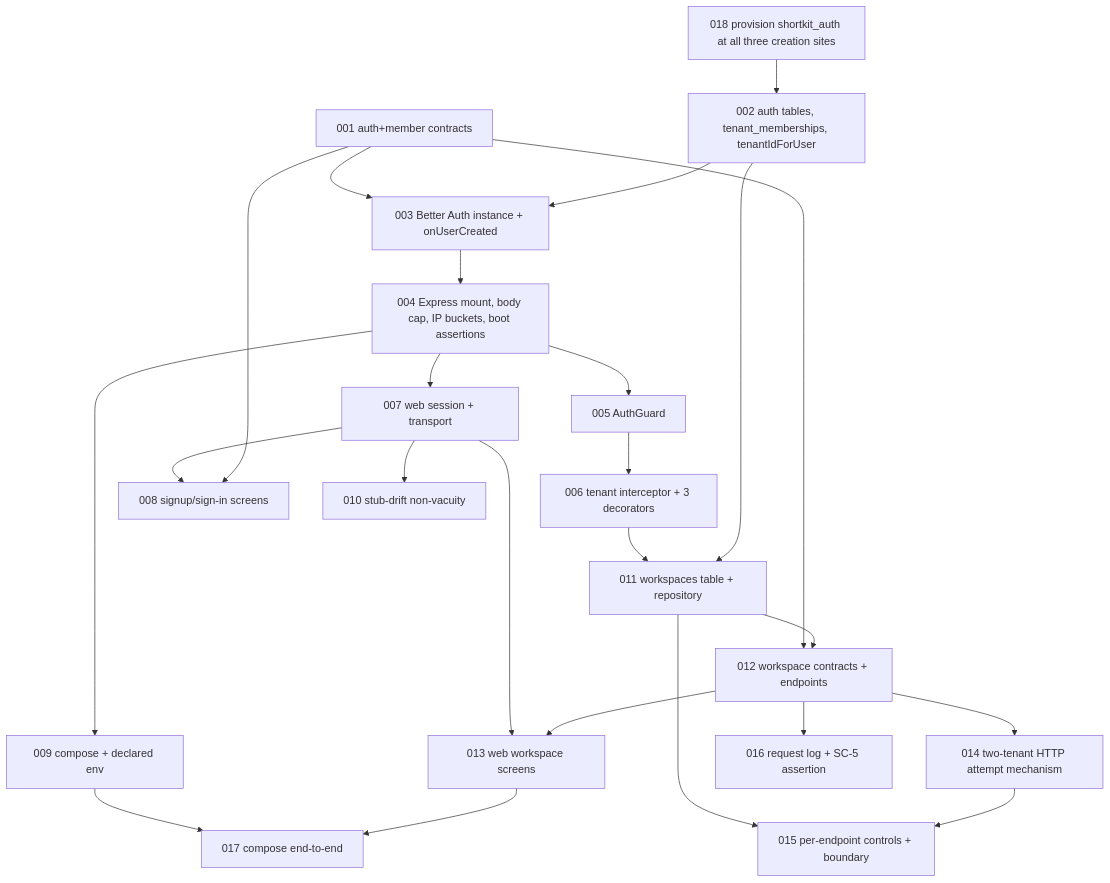
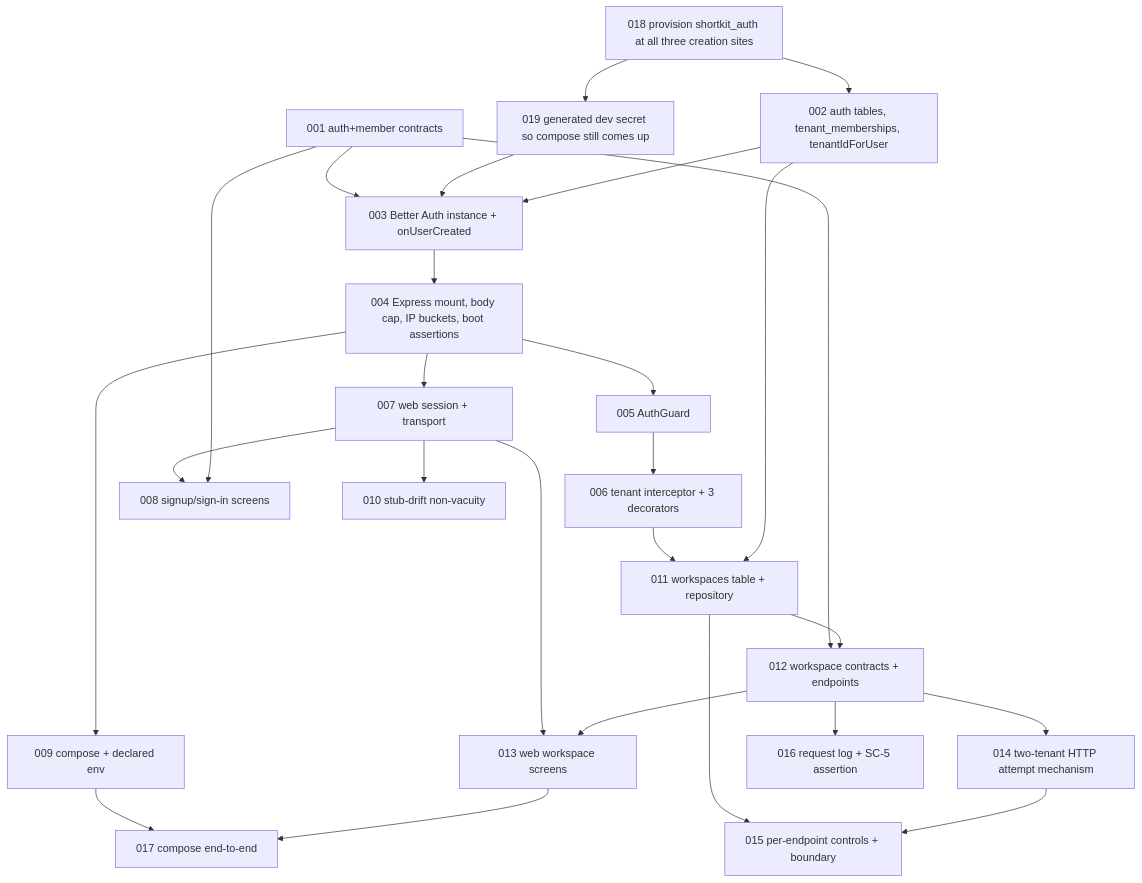
Before and after one commit to juano-morello/shortkit: the diagram in .sdlc/identity-membership/plan.md, drawn with Mermaid. The commit also changed other lines of this file and 3 other files, not shown here.

First line of the commit message:
docs(sdlc): TASK-019 owns the wave-2 secret bootstrap [TASK-019][TASK-002]

````diff
--- a/.sdlc/identity-membership/plan.md
+++ b/.sdlc/identity-membership/plan.md
@@ -109,31 +109,33 @@
 ```mermaid
 graph TD
   TASK-001[001 auth+member contracts] --> TASK-003
   TASK-018[018 provision shortkit_auth at all three creation sites] --> TASK-002
+  TASK-018 --> TASK-019[019 generated dev secret so compose still comes up]
+  TASK-019 --> TASK-003
   TASK-002[002 auth tables, tenant_memberships, tenantIdForUser] --> TASK-003
   TASK-003[003 Better Auth instance + onUserCreated] --> TASK-004
   TASK-004[004 Express mount, body cap, IP buckets, boot assertions] --> TASK-005
   TASK-004 --> TASK-007
   TASK-004 --> TASK-009
   TASK-005[005 AuthGuard] --> TASK-006
   TASK-006[006 tenant interceptor + 3 decorators] --> TASK-011
   TASK-002 --> TASK-011
   TASK-007[007 web session + transport] --> TASK-008
   TASK-007 --> TASK-010
   TASK-007 --> TASK-013
   TASK-001 --> TASK-008
   TASK-001 --> TASK-012
   TASK-011[011 workspaces table + repository] --> TASK-012
   TASK-011 --> TASK-015
   TASK-012[012 workspace contracts + endpoints] --> TASK-013
   TASK-012 --> TASK-014
   TASK-012 --> TASK-016
   TASK-014[014 two-tenant HTTP attempt mechanism] --> TASK-015
   TASK-009[009 compose + declared env] --> TASK-017
   TASK-013[013 web workspace screens] --> TASK-017
   TASK-008[008 signup/sign-in screens]
   TASK-010[010 stub-drift non-vacuity]
   TASK-015[015 per-endpoint controls + boundary]
   TASK-016[016 request log + SC-5 assertion]
   TASK-017[017 compose end-to-end]
 ```
````
